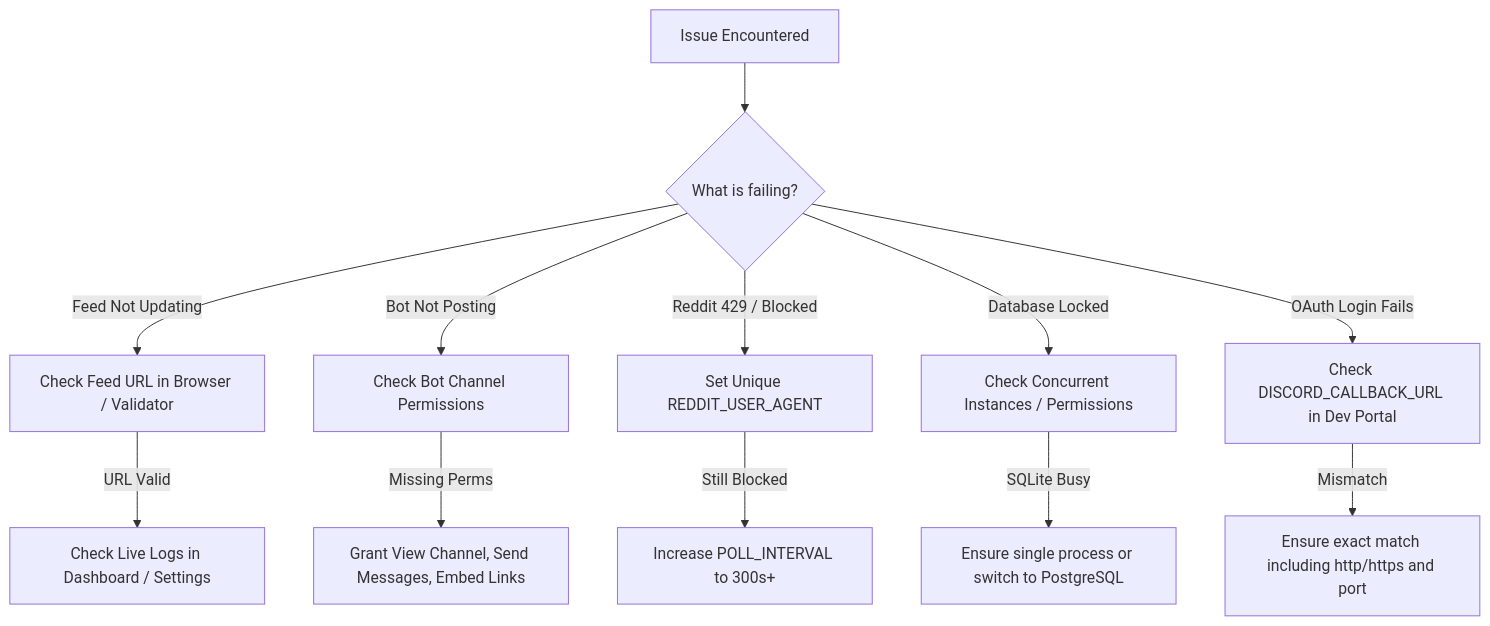
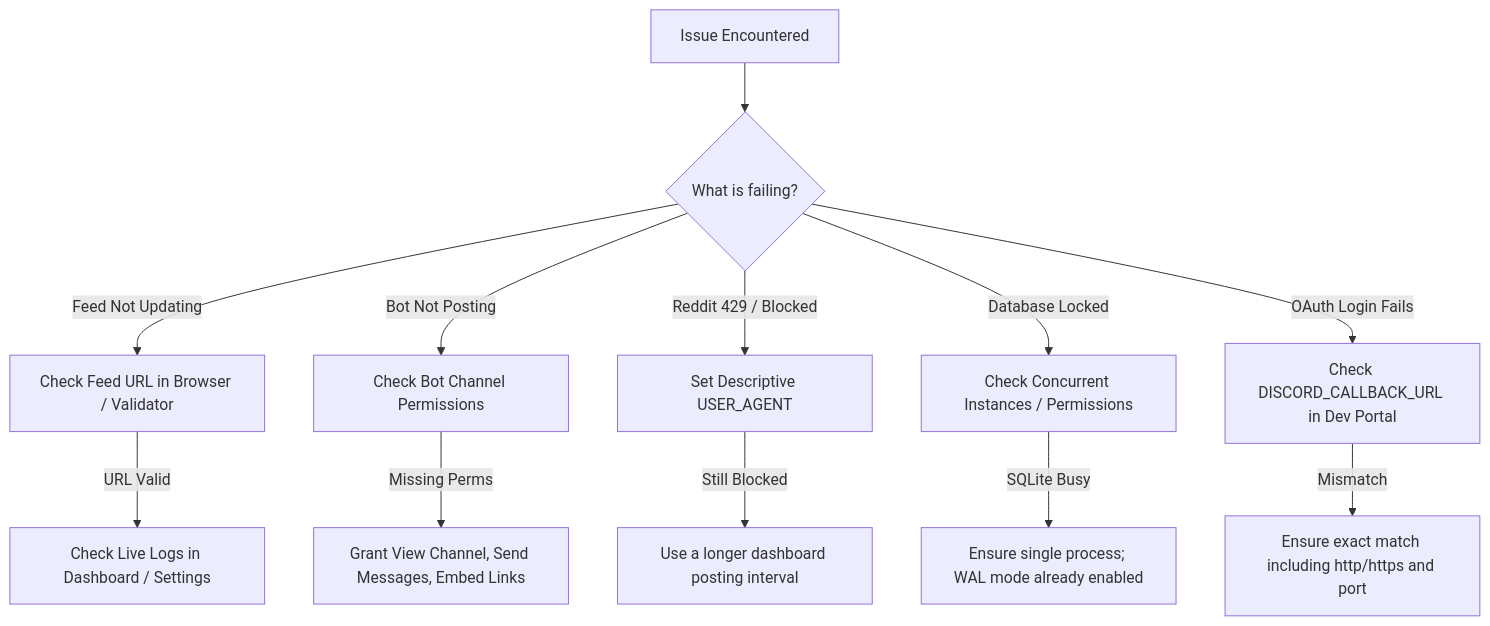
Before and after one commit to HELIX-Origin/Discord-RSS: the diagram in wiki/Troubleshooting.md, drawn with Mermaid. The commit also changed other lines of this file and 16 other files, not shown here.

````diff
--- a/wiki/Troubleshooting.md
+++ b/wiki/Troubleshooting.md
@@ -9,15 +9,15 @@
 ```mermaid
 flowchart TD
     Start[Issue Encountered] --> Type{What is failing?}
     Type -->|Feed Not Updating| F1[Check Feed URL in Browser / Validator]
     Type -->|Bot Not Posting| B1[Check Bot Channel Permissions]
-    Type -->|Reddit 429 / Blocked| R1[Set Unique REDDIT_USER_AGENT]
+    Type -->|Reddit 429 / Blocked| R1[Set Descriptive USER_AGENT]
     Type -->|Database Locked| D1[Check Concurrent Instances / Permissions]
     Type -->|OAuth Login Fails| O1[Check DISCORD_CALLBACK_URL in Dev Portal]
 
     F1 -->|URL Valid| F2[Check Live Logs in Dashboard / Settings]
     B1 -->|Missing Perms| B2[Grant View Channel, Send Messages, Embed Links]
-    R1 -->|Still Blocked| R2[Increase POLL_INTERVAL to 300s+]
-    D1 -->|SQLite Busy| D2[Ensure single process or switch to PostgreSQL]
+    R1 -->|Still Blocked| R2[Use a longer dashboard posting interval]
+    D1 -->|SQLite Busy| D2[Ensure single process; WAL mode already enabled]
     O1 -->|Mismatch| O2[Ensure exact match including http/https and port]
 ```
````
